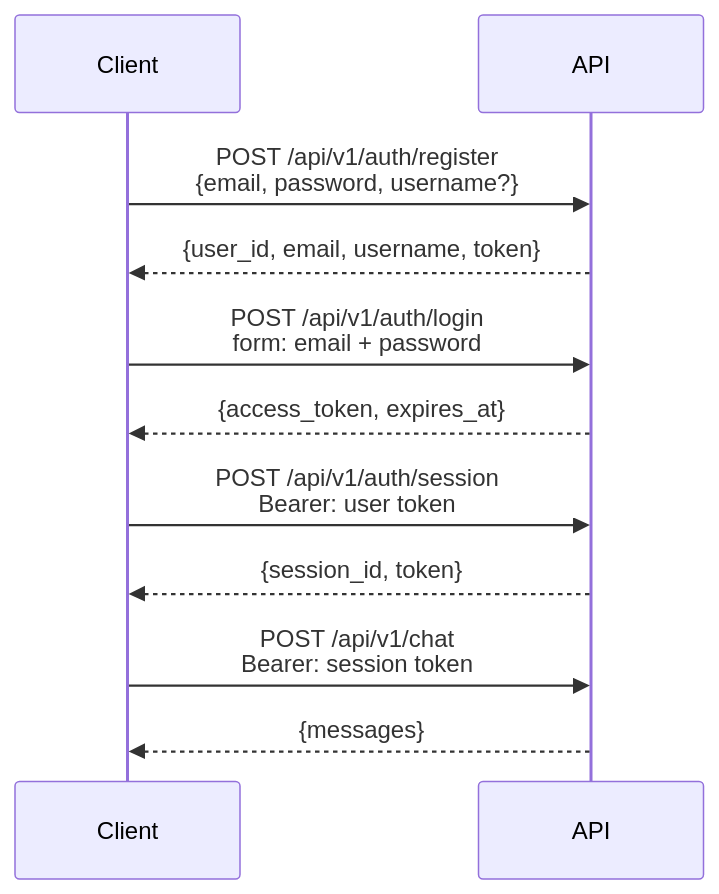
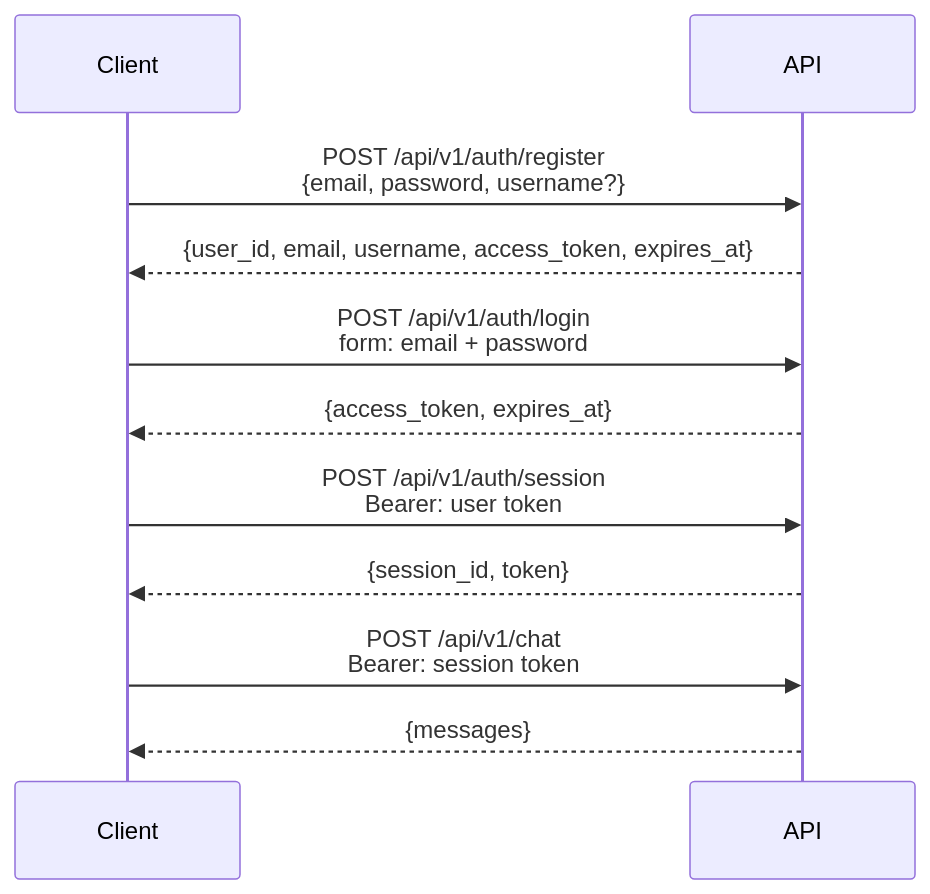
The diagram in docs/authentication.md (dinoesau/langgraph-template), drawn with Mermaid before and after one commit. The commit also changed other lines of this file and 9 other files, not shown here.

````diff
--- a/docs/authentication.md
+++ b/docs/authentication.md
@@ -18,17 +18,17 @@
 ```mermaid
 sequenceDiagram
     participant C as Client
     participant A as API
 
     C->>A: POST /api/v1/auth/register<br/>{email, password, username?}
-    A-->>C: {user_id, email, username, token}
+    A-->>C: {user_id, email, username, access_token, expires_at}
 
     C->>A: POST /api/v1/auth/login<br/>form: email + password
     A-->>C: {access_token, expires_at}
 
     C->>A: POST /api/v1/auth/session<br/>Bearer: user token
     A-->>C: {session_id, token}
 
     C->>A: POST /api/v1/chat<br/>Bearer: session token
     A-->>C: {messages}
 ```
````
